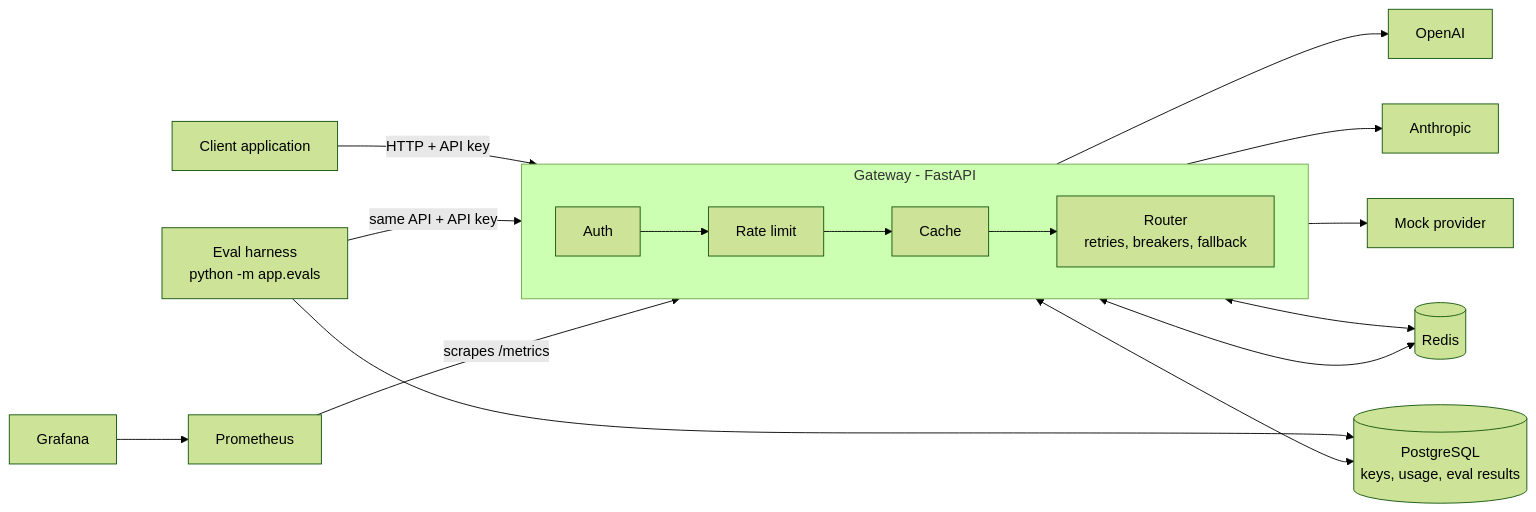
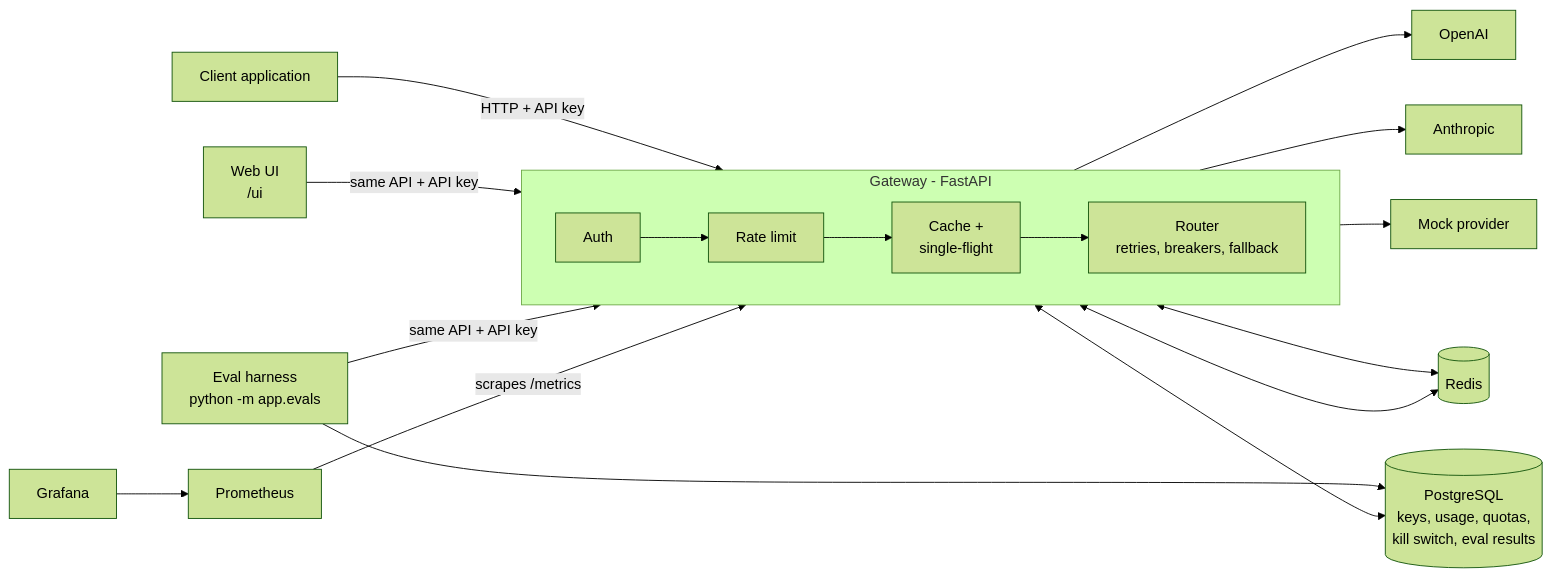
The diagram in README.md (msaifkms/LLM-Gateway), drawn with Mermaid (forest theme) before and after one commit. The commit also changed other lines of this file, not shown here.

````diff
--- a/README.md
+++ b/README.md
@@ -15,21 +17,22 @@
 ```mermaid
 flowchart LR
     app[Client application] -->|HTTP + API key| gateway
+    ui["Web UI<br/>/ui"] -->|same API + API key| gateway
     evals["Eval harness<br/>python -m app.evals"] -->|same API + API key| gateway
 
     subgraph gateway[Gateway - FastAPI]
         direction LR
-        auth[Auth] --> limit[Rate limit] --> cache[Cache] --> router["Router<br/>retries, breakers, fallback"]
+        auth[Auth] --> limit[Rate limit] --> cache[Cache +<br/>single-flight] --> router["Router<br/>retries, breakers, fallback"]
     end
 
     router --> openai[OpenAI]
     router --> anthropic[Anthropic]
     router --> mock[Mock provider]
 
     limit <--> redis[(Redis)]
     cache <--> redis
-    auth <--> postgres[("PostgreSQL<br/>keys, usage, eval results")]
+    auth <--> postgres[("PostgreSQL<br/>keys, usage, quotas,<br/>kill switch, eval results")]
     evals --> postgres
     prometheus[Prometheus] -->|scrapes /metrics| gateway
     grafana[Grafana] --> prometheus
 ```
````
